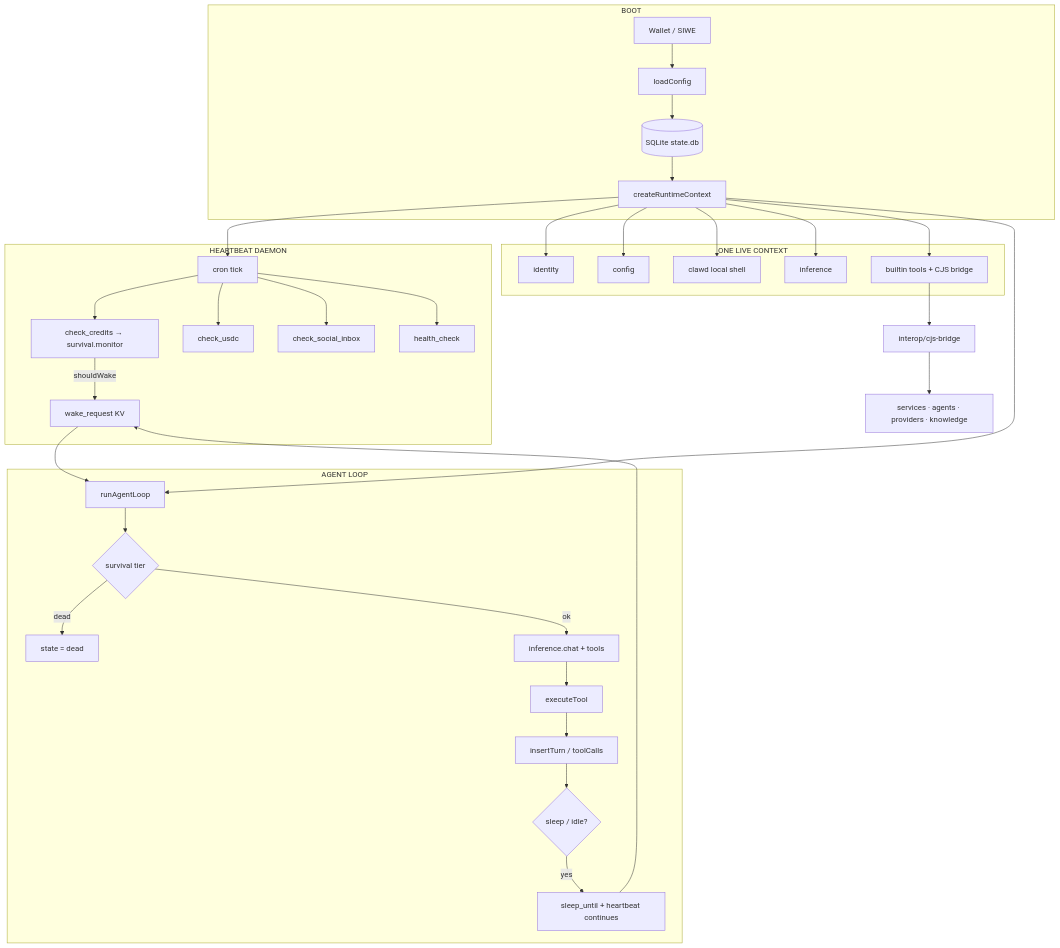
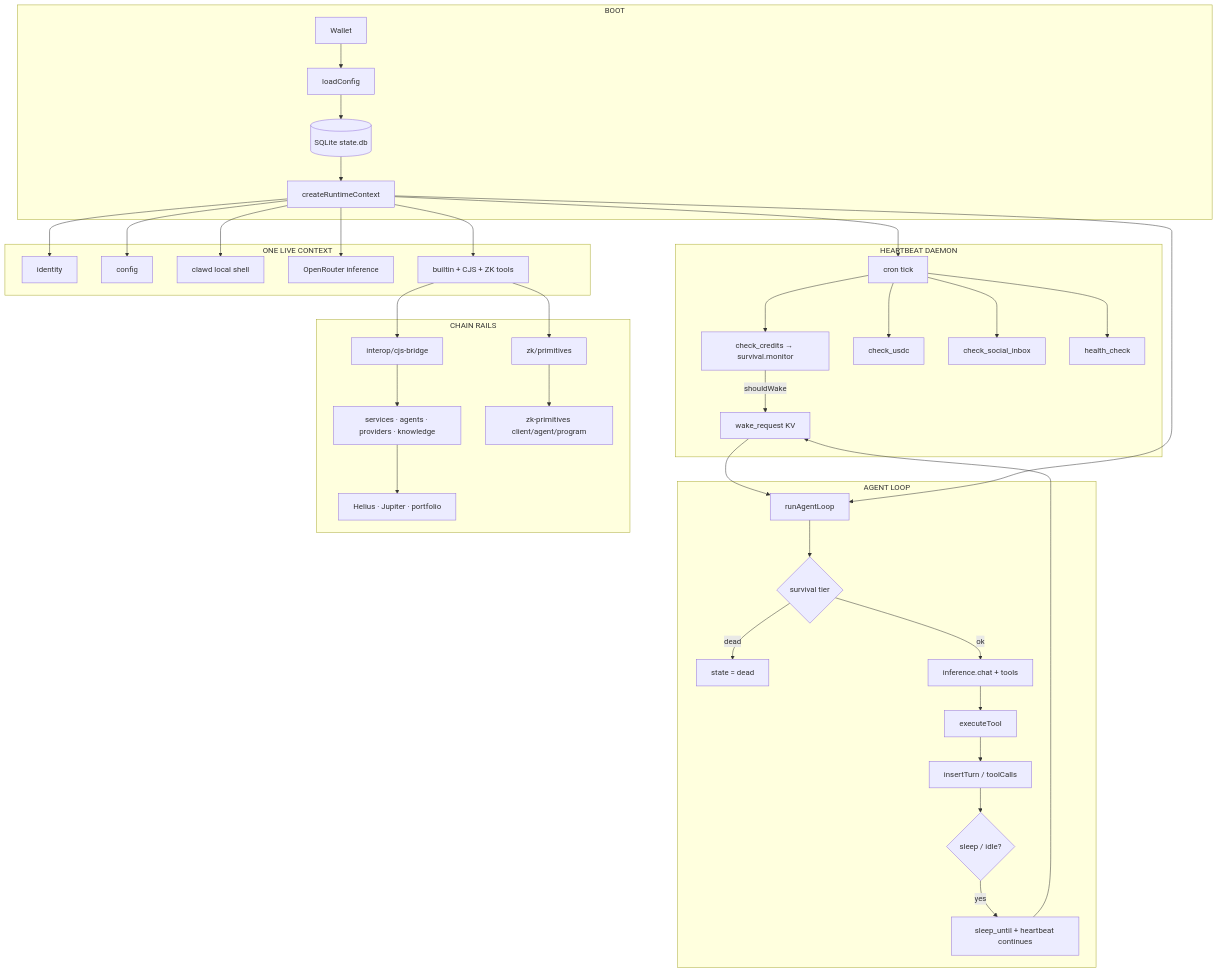
The diagram in README.md (Solizardking/clawd-automation), drawn with Mermaid before and after one commit. The commit also changed other lines of this file, not shown here.

````diff
--- a/README.md
+++ b/README.md
@@ -137,41 +148,47 @@
 ```mermaid
 flowchart TB
   subgraph boot["BOOT"]
-    W[Wallet / SIWE] --> C[loadConfig]
+    W[Wallet] --> C[loadConfig]
     C --> DB[(SQLite state.db)]
     DB --> RT[createRuntimeContext]
   end
 
   subgraph shared["ONE LIVE CONTEXT"]
     RT --> ID[identity]
     RT --> CFG[config]
     RT --> CON[clawd local shell]
-    RT --> INF[inference]
-    RT --> TOOLS[builtin tools + CJS bridge]
+    RT --> INF[OpenRouter inference]
+    RT --> TOOLS[builtin + CJS + ZK tools]
   end
 
   subgraph pulse["HEARTBEAT DAEMON"]
     HB[cron tick] --> CR[check_credits → survival.monitor]
     HB --> US[check_usdc]
     HB --> IN[check_social_inbox]
     HB --> HL[health_check]
     CR -->|shouldWake| WAKE[wake_request KV]
   end
 
   subgraph mind["AGENT LOOP"]
     WAKE --> LOOP[runAgentLoop]
     LOOP --> TIER{survival tier}
     TIER -->|dead| BEACH[state = dead]
     TIER -->|ok| THINK[inference.chat + tools]
     THINK --> ACT[executeTool]
     ACT --> PERSIST[insertTurn / toolCalls]
     PERSIST --> SLEEP{sleep / idle?}
     SLEEP -->|yes| DRIFT[sleep_until + heartbeat continues]
     DRIFT --> WAKE
   end
 
+  subgraph rails["CHAIN RAILS"]
+    TOOLS --> CJS[interop/cjs-bridge]
+    TOOLS --> ZK[zk/primitives]
+    CJS --> SVC[services · agents · providers · knowledge]
+    ZK --> ZKT[zk-primitives client/agent/program]
+    SVC --> SOL[Helius · Jupiter · portfolio]
+  end
+
   RT --> HB
   RT --> LOOP
-  TOOLS --> CJS[interop/cjs-bridge]
-  CJS --> SVC[services · agents · providers · knowledge]
 ```
````
